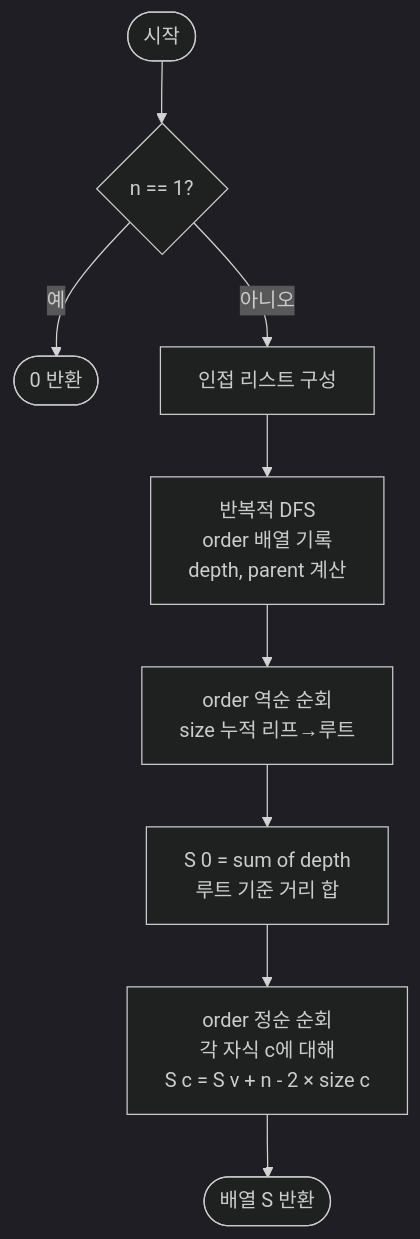
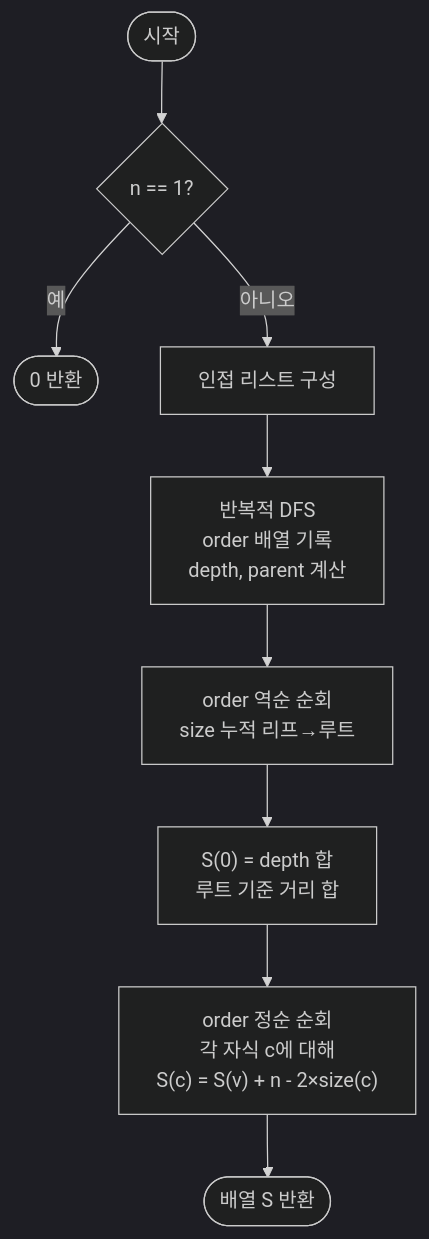
The diagram in src/algorithms/tree/treeRerooting/treeRerooting-guide.mdx (centurio1987/grow-up-programming), drawn with Mermaid (dark theme) before and after one commit. The commit also changed other lines of this file and 18 other files, not shown here.

````diff
--- a/src/algorithms/tree/treeRerooting/treeRerooting-guide.mdx
+++ b/src/algorithms/tree/treeRerooting/treeRerooting-guide.mdx
@@ -332,11 +314,11 @@
 ```mermaid
 flowchart TD
     A([시작]) --> B{n == 1?}
     B -- 예 --> C([0 반환])
     B -- 아니오 --> D[인접 리스트 구성]
-    D --> E[반복적 DFS\norder 배열 기록\ndepth, parent 계산]
-    E --> F[order 역순 순회\nsize 누적 리프→루트]
-    F --> G[S 0 = sum of depth\n루트 기준 거리 합]
-    G --> H[order 정순 순회\n각 자식 c에 대해\nS c = S v + n - 2 × size c]
+    D --> E["반복적 DFS<br/>order 배열 기록<br/>depth, parent 계산"]
+    E --> F["order 역순 순회<br/>size 누적 리프→루트"]
+    F --> G["S(0) = depth 합<br/>루트 기준 거리 합"]
+    G --> H["order 정순 순회<br/>각 자식 c에 대해<br/>S(c) = S(v) + n - 2×size(c)"]
     H --> I([배열 S 반환])
 ```
````
